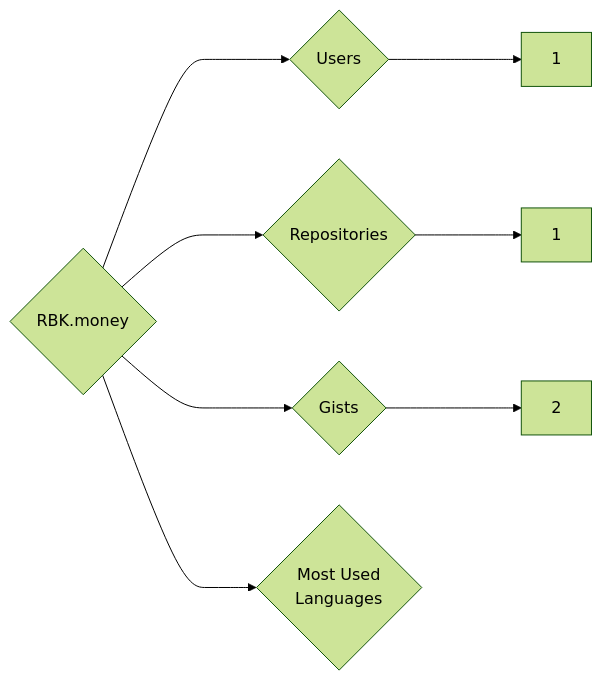
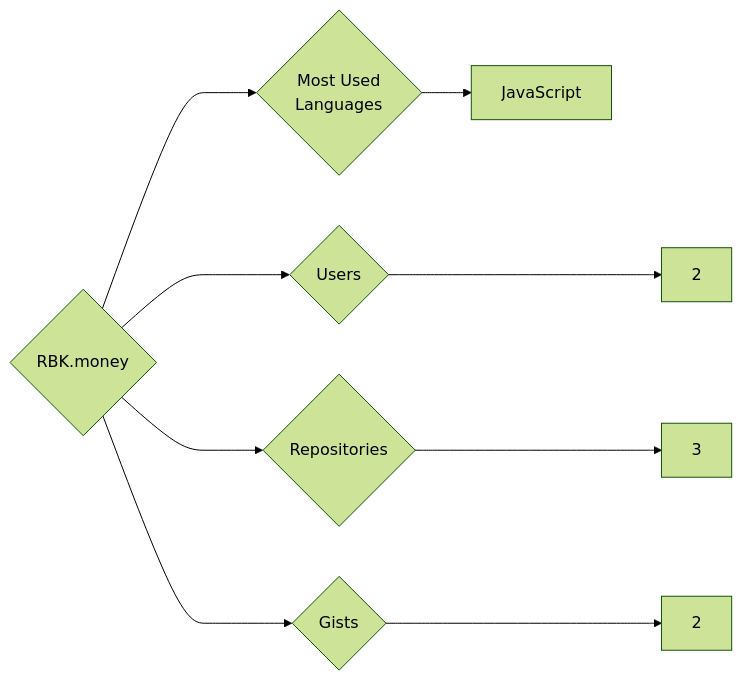
The diagram in targets/RBK.money/README.md (trickest/insiders), drawn with Mermaid (forest theme) before and after one commit. The commit also changed 748 other files, not shown here.

````diff
--- a/targets/RBK.money/README.md
+++ b/targets/RBK.money/README.md
@@ -3,8 +3,9 @@
 ```mermaid
 graph LR
 COMPANY_NAME{RBK.money}
-COMPANY_NAME ---> U{Users} ---> UN[1]
-COMPANY_NAME ---> R{Repositories} ---> RN[1]
+COMPANY_NAME ---> U{Users} ---> UN[2]
+COMPANY_NAME ---> R{Repositories} ---> RN[3]
 COMPANY_NAME ---> G{Gists} ---> GN[2]
 COMPANY_NAME ---> ML{Most Used<br>Languages}
+ML --> JavaScript[JavaScript]
 ```
````
